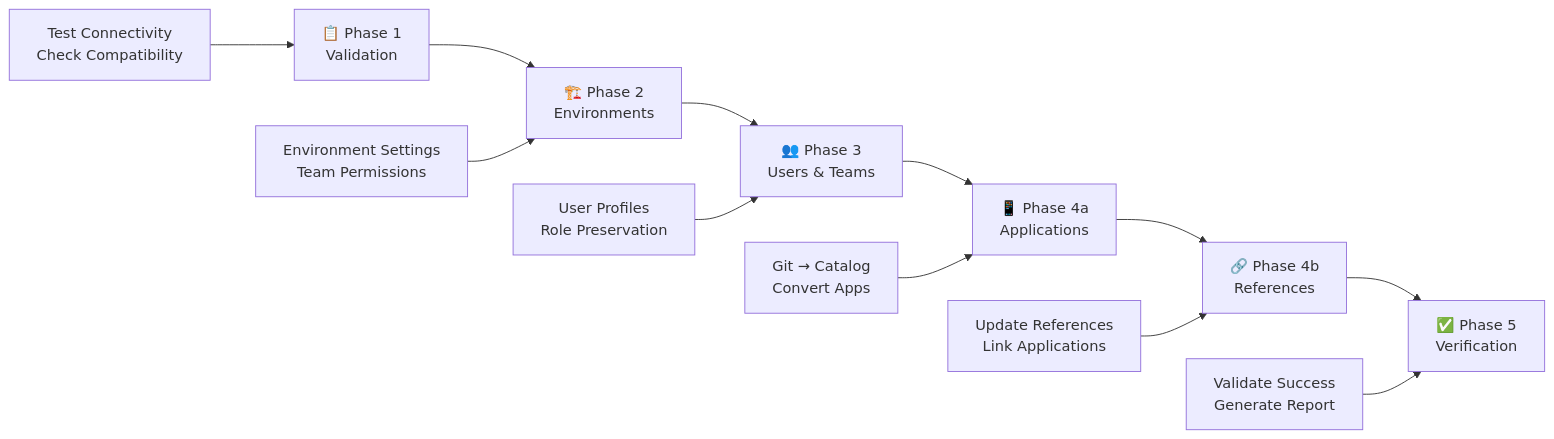
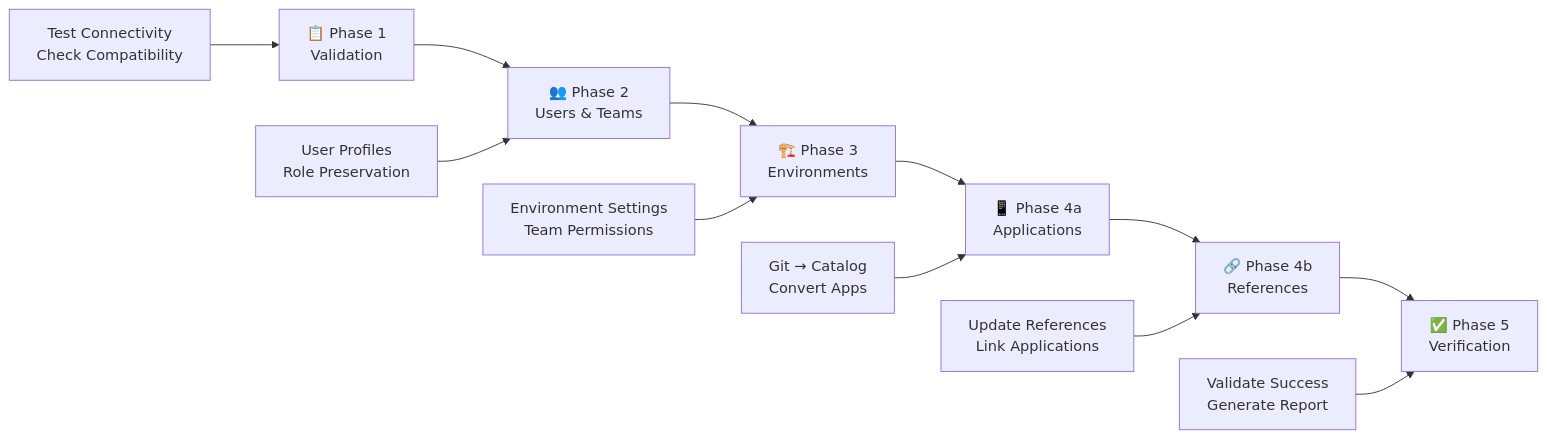
The diagram in cross_environment_migration/README.md (nirmata/nirmata-admin-scripts), drawn with Mermaid before and after one commit. The commit also changed other lines of this file and 12 other files, not shown here.

````diff
--- a/cross_environment_migration/README.md
+++ b/cross_environment_migration/README.md
@@ -163,15 +163,15 @@
 ```mermaid
 graph LR
-    A[📋 Phase 1<br/>Validation] --> B[🏗️ Phase 2<br/>Environments]
-    B --> C[👥 Phase 3<br/>Users & Teams]
+    A[📋 Phase 1<br/>Validation] --> B[👥 Phase 2<br/>Users & Teams]
+    B --> C[🏗️ Phase 3<br/>Environments]
     C --> D[📱 Phase 4a<br/>Applications]
     D --> E[🔗 Phase 4b<br/>References]
     E --> F[✅ Phase 5<br/>Verification]
     
     A1[Test Connectivity<br/>Check Compatibility] --> A
-    B1[Environment Settings<br/>Team Permissions] --> B
-    C1[User Profiles<br/>Role Preservation] --> C
+    B1[User Profiles<br/>Role Preservation] --> B
+    C1[Environment Settings<br/>Team Permissions] --> C
     D1[Git → Catalog<br/>Convert Apps] --> D
     E1[Update References<br/>Link Applications] --> E
     F1[Validate Success<br/>Generate Report] --> F
 ```
````
